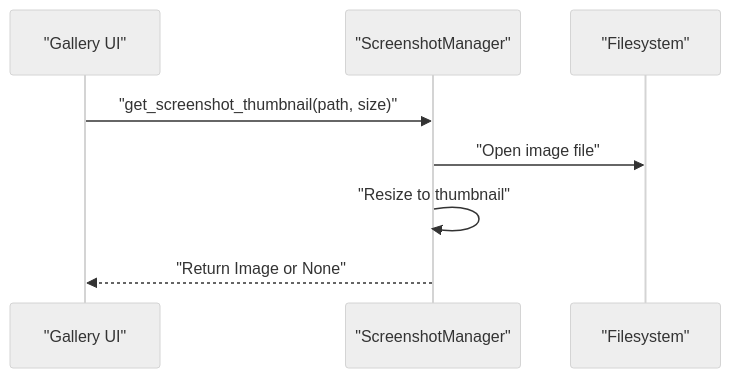
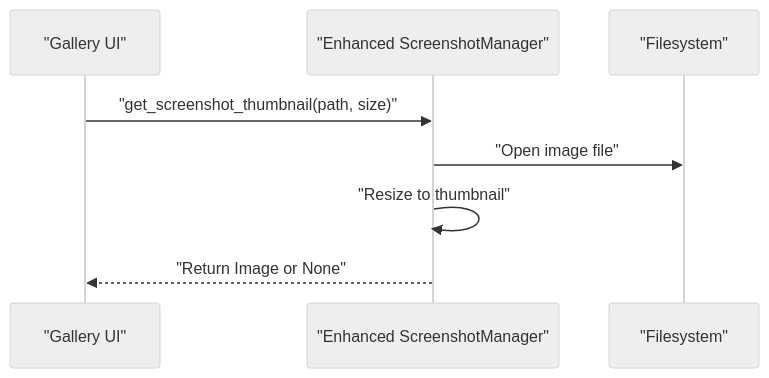
Before and after one commit to Johnny22056/SwimingStatus: the seventh of 9 diagrams in .qoder/repowiki/en/content/Feature Modules/Screenshot Processing.md, drawn with Mermaid (neutral theme). The commit also changed other lines of this file and 8 other files, not shown here.

````diff
--- a/.qoder/repowiki/en/content/Feature Modules/Screenshot Processing.md
+++ b/.qoder/repowiki/en/content/Feature Modules/Screenshot Processing.md
@@ -245,10 +257,10 @@
 ```mermaid
 sequenceDiagram
 participant UI as "Gallery UI"
-participant SM as "ScreenshotManager"
+participant SM as "Enhanced ScreenshotManager"
 participant FS as "Filesystem"
 UI->>SM : "get_screenshot_thumbnail(path, size)"
 SM->>FS : "Open image file"
 SM->>SM : "Resize to thumbnail"
 SM-->>UI : "Return Image or None"
 ```
````
